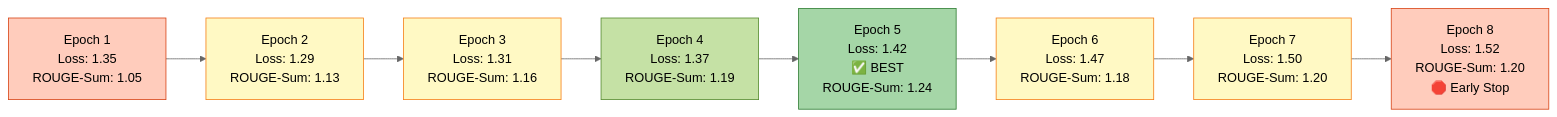
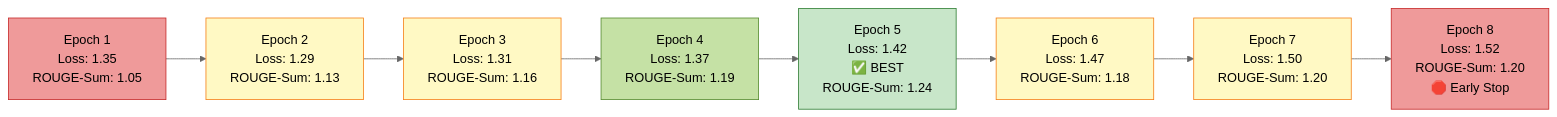
One commit to AIBootcamp14/naturallanguageprocessingcompetition-nlp-1 changed the fourth of 15 diagrams in docs/experiments/20251013_111525_strategy1_kobart_optimized_실험분석.md. Above: the diagram before and after it, drawn with Mermaid (neutral theme). The commit also changed other lines of this file, not shown here.

First line of the commit message:
fix: mermaid 다이어그램 스타일 완전 수정

````diff
--- a/docs/experiments/20251013_111525_strategy1_kobart_optimized_실험분석.md
+++ b/docs/experiments/20251013_111525_strategy1_kobart_optimized_실험분석.md
@@ -222,19 +240,19 @@
 ```mermaid
 graph LR
     A[Epoch 1<br/>Loss: 1.35<br/>ROUGE-Sum: 1.05] --> B[Epoch 2<br/>Loss: 1.29<br/>ROUGE-Sum: 1.13]
     B --> C[Epoch 3<br/>Loss: 1.31<br/>ROUGE-Sum: 1.16]
     C --> D[Epoch 4<br/>Loss: 1.37<br/>ROUGE-Sum: 1.19]
     D --> E[Epoch 5<br/>Loss: 1.42<br/>✅ BEST<br/>ROUGE-Sum: 1.24]
     E --> F[Epoch 6<br/>Loss: 1.47<br/>ROUGE-Sum: 1.18]
     F --> G[Epoch 7<br/>Loss: 1.50<br/>ROUGE-Sum: 1.20]
     G --> H[Epoch 8<br/>Loss: 1.52<br/>ROUGE-Sum: 1.20<br/>🛑 Early Stop]
 
-    style A fill:#ffccbc,stroke:#d84315,color:#000
+    style A fill:#ef9a9a,stroke:#c62828,color:#000
     style B fill:#fff9c4,stroke:#f57f17,color:#000
     style C fill:#fff9c4,stroke:#f57f17,color:#000
     style D fill:#c5e1a5,stroke:#558b2f,color:#000
-    style E fill:#a5d6a7,stroke:#2e7d32,color:#000
+    style E fill:#c8e6c9,stroke:#2e7d32,color:#000
     style F fill:#fff9c4,stroke:#f57f17,color:#000
     style G fill:#fff9c4,stroke:#f57f17,color:#000
-    style H fill:#ffccbc,stroke:#d84315,color:#000
+    style H fill:#ef9a9a,stroke:#c62828,color:#000
 ```
````
